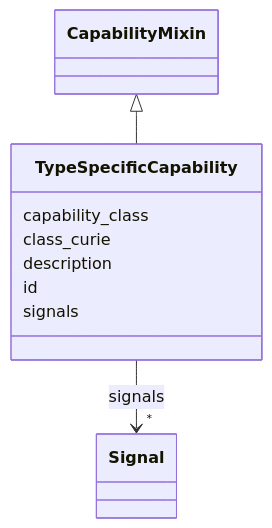
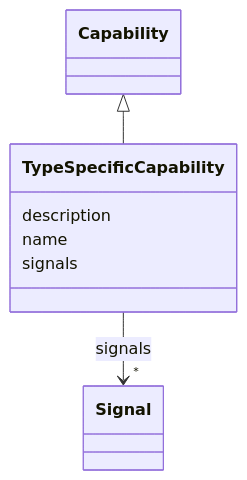
The diagram in docs_narad/TypeSpecificCapability.md (pals-project/pals-facility-config), drawn with Mermaid before and after one commit. The commit also changed other lines of this file and 235 other files, not shown here.

Commit message:
aligned schema to SOSA SNN, gen-project gendocs and validate all work

````diff
--- a/docs_narad/TypeSpecificCapability.md
+++ b/docs_narad/TypeSpecificCapability.md
@@ -18,28 +18,24 @@
 ```mermaid
  classDiagram
     class TypeSpecificCapability
     click TypeSpecificCapability href "../TypeSpecificCapability/"
-      CapabilityMixin <|-- TypeSpecificCapability
-        click CapabilityMixin href "../CapabilityMixin/"
+      Capability <|-- TypeSpecificCapability
+        click Capability href "../Capability/"
       
-      TypeSpecificCapability : capability_class
-        
-      TypeSpecificCapability : class_curie
-        
       TypeSpecificCapability : description
         
-      TypeSpecificCapability : id
+      TypeSpecificCapability : name
         
       TypeSpecificCapability : signals
         
           
     
         
         
         TypeSpecificCapability --> "*" Signal : signals
         click Signal href "../Signal/"
     
 
         
       
 ```
````
